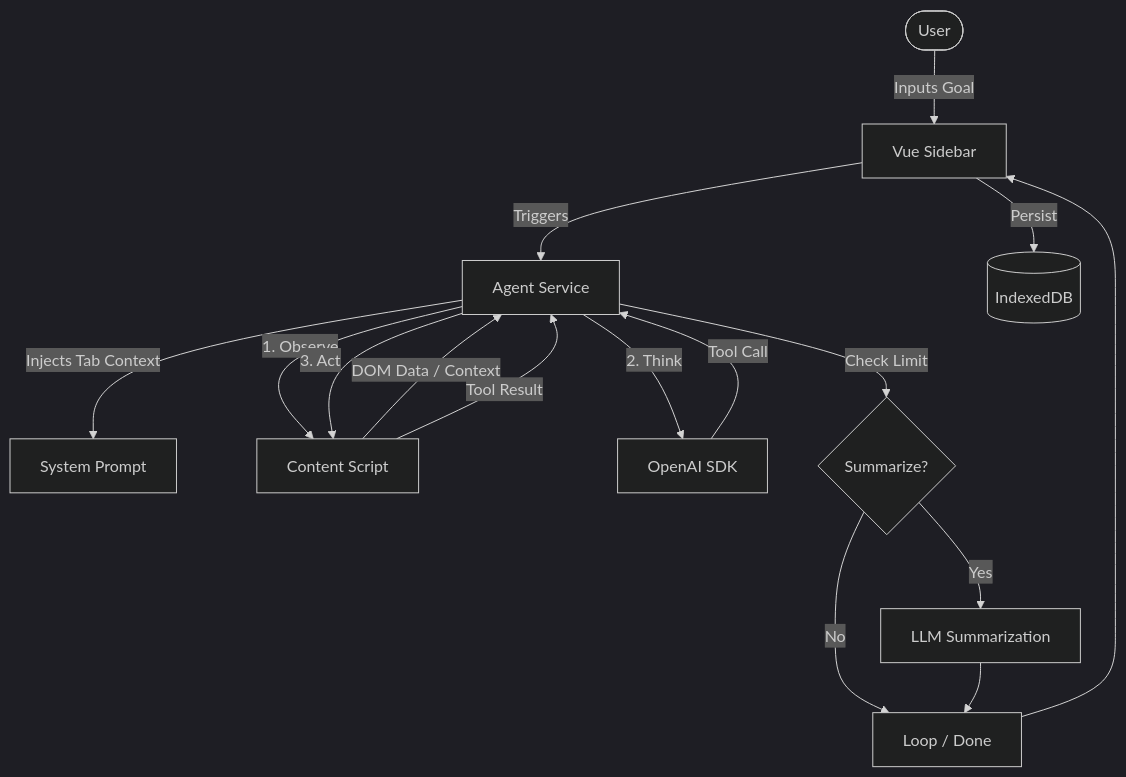
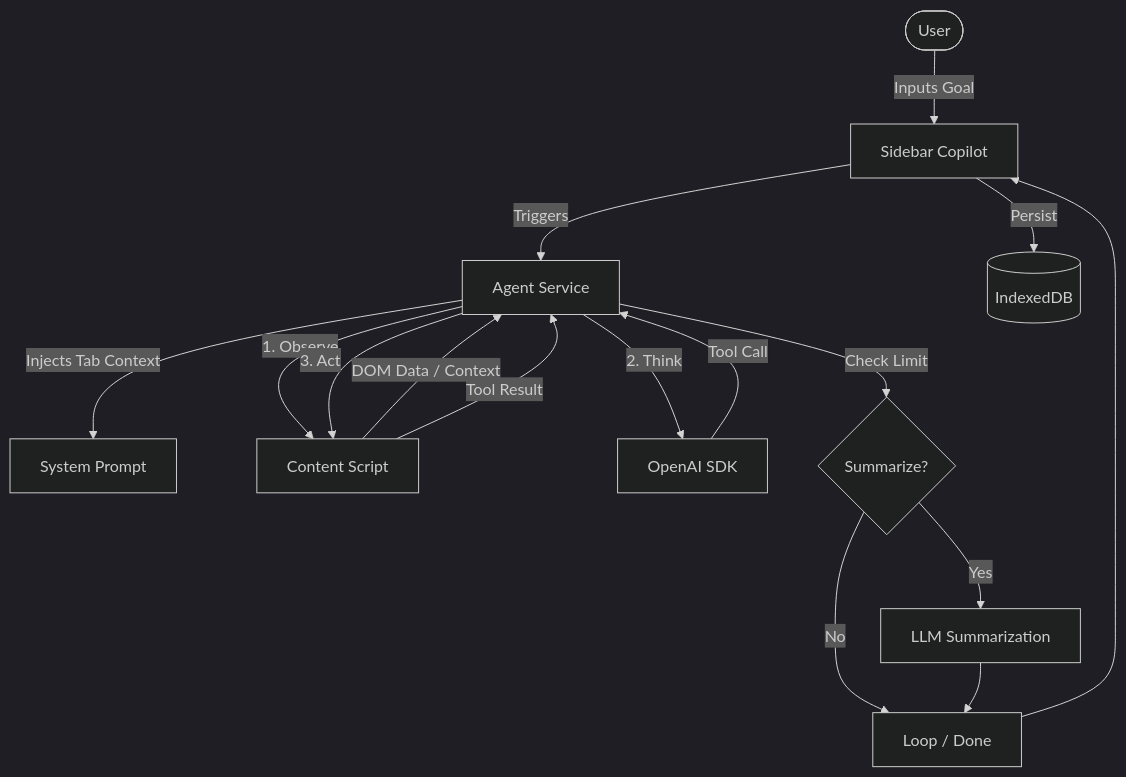
One commit to nanorex07/copilot-sidebar changed the first of 3 diagrams in README.md. Above: the diagram before and after it, drawn with Mermaid (dark theme). The commit also changed other lines of this file, not shown here.

````diff
--- a/README.md
+++ b/README.md
@@ -61,18 +72,18 @@
 ```mermaid
 graph TD
-    User([User]) -->|Inputs Goal| UI[Vue Sidebar]
+    User([User]) -->|Inputs Goal| UI[Sidebar Copilot]
     UI -->|Triggers| Agent[Agent Service]
     Agent -->|Injects Tab Context| Prompt[System Prompt]
     Agent -->|1. Observe| CS[Content Script]
     CS -->|DOM Data / Context| Agent
     Agent -->|2. Think| LLM[OpenAI SDK]
     LLM -->|Tool Call| Agent
     Agent -->|3. Act| CS
     CS -->|Tool Result| Agent
     Agent -->|Check Limit| Sum{Summarize?}
     Sum -->|Yes| LLM2[LLM Summarization]
     Sum -->|No| Loop[Loop / Done]
     LLM2 --> Loop
     Loop --> UI
     UI -->|Persist| DB[(IndexedDB)]
 ```
````
